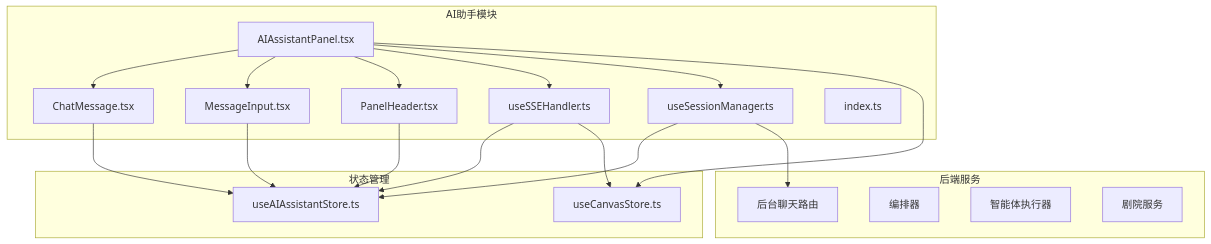
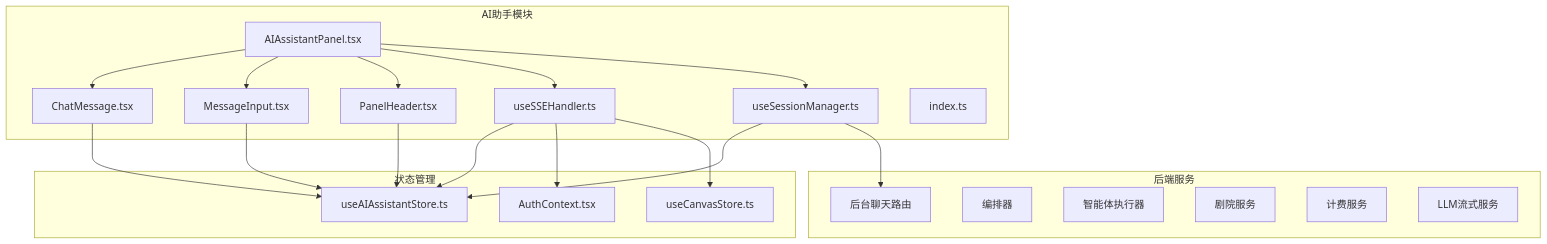
Before and after one commit to KunLabAI/KunFlix: the first of 18 diagrams in .qoder/repowiki/zh/content/前端开发指南/AI助手面板增强.md, drawn with Mermaid. The commit also changed other lines of this file and 27 other files, not shown here.

````diff
--- a/.qoder/repowiki/zh/content/前端开发指南/AI助手面板增强.md
+++ b/.qoder/repowiki/zh/content/前端开发指南/AI助手面板增强.md
@@ -65,35 +73,38 @@
 ```mermaid
 graph TB
 subgraph "AI助手模块"
 AIAssistantPanel[AIAssistantPanel.tsx]
 ChatMessage[ChatMessage.tsx]
 MessageInput[MessageInput.tsx]
 PanelHeader[PanelHeader.tsx]
 useSSEHandler[useSSEHandler.ts]
 useSessionManager[useSessionManager.ts]
 index[index.ts]
 end
 subgraph "状态管理"
 useAIAssistantStore[useAIAssistantStore.ts]
 useCanvasStore[useCanvasStore.ts]
+AuthContext[AuthContext.tsx]
 end
 subgraph "后端服务"
 chats[后台聊天路由]
 orchestrator[编排器]
 agent_executor[智能体执行器]
 theater[剧院服务]
+billing[计费服务]
+llm_stream[LLM流式服务]
 end
 AIAssistantPanel --> ChatMessage
 AIAssistantPanel --> MessageInput
 AIAssistantPanel --> PanelHeader
 AIAssistantPanel --> useSSEHandler
 AIAssistantPanel --> useSessionManager
 ChatMessage --> useAIAssistantStore
 MessageInput --> useAIAssistantStore
 PanelHeader --> useAIAssistantStore
 useSSEHandler --> useAIAssistantStore
+useSSEHandler --> AuthContext
 useSessionManager --> useAIAssistantStore
-AIAssistantPanel --> useCanvasStore
 useSSEHandler --> useCanvasStore
 useSessionManager --> chats
 ```
````
